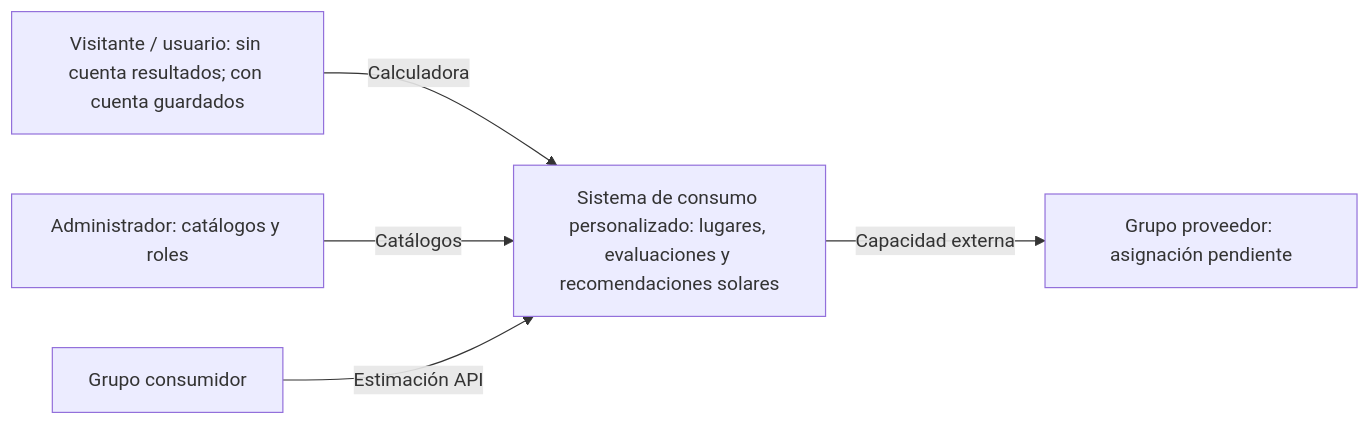
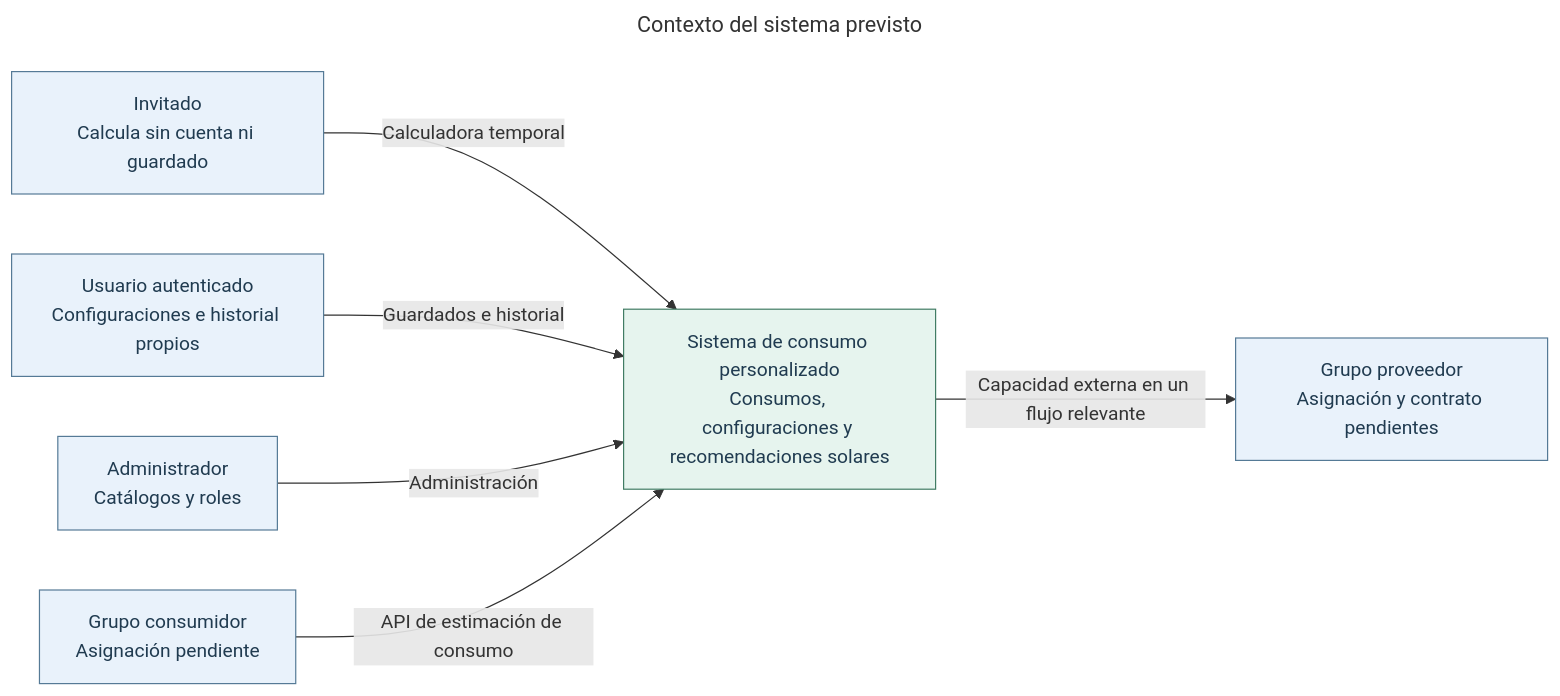
One commit to Franciscosrrr/ArquitecturasoftwareRenewableEnergyTiziFran changed the diagram in docs/diagrams/contexto.mmd. Above: the diagram before and after it, drawn with Mermaid. The commit also changed 54 other files, not shown here.

```diff
--- a/docs/diagrams/contexto.mmd
+++ b/docs/diagrams/contexto.mmd
@@ -1,5 +1,13 @@
+---
+title: Contexto del sistema previsto
+---
 flowchart LR
- V["Visitante / usuario: sin cuenta resultados; con cuenta guardados"] -->|Calculadora| S["Sistema de consumo personalizado: lugares, evaluaciones y recomendaciones solares"]
- A["Administrador: catálogos y roles"] -->|Catálogos| S
- C["Grupo consumidor"] -->|Estimación API| S
- S -->|Capacidad externa| P["Grupo proveedor: asignación pendiente"]
+    V["Invitado<br/>Calcula sin cuenta ni guardado"] -->|Calculadora temporal| S["Sistema de consumo personalizado<br/>Consumos, configuraciones y recomendaciones solares"]
+    U["Usuario autenticado<br/>Configuraciones e historial propios"] -->|Guardados e historial| S
+    A["Administrador<br/>Catálogos y roles"] -->|Administración| S
+    C["Grupo consumidor<br/>Asignación pendiente"] -->|API de estimación de consumo| S
+    S -->|Capacidad externa en un flujo relevante| P["Grupo proveedor<br/>Asignación y contrato pendientes"]
+    classDef actor fill:#e9f2fb,stroke:#557a96,color:#203b50
+    classDef system fill:#e6f4ee,stroke:#417c64,color:#203b50
+    class V,U,A,C,P actor
+    class S system
```
